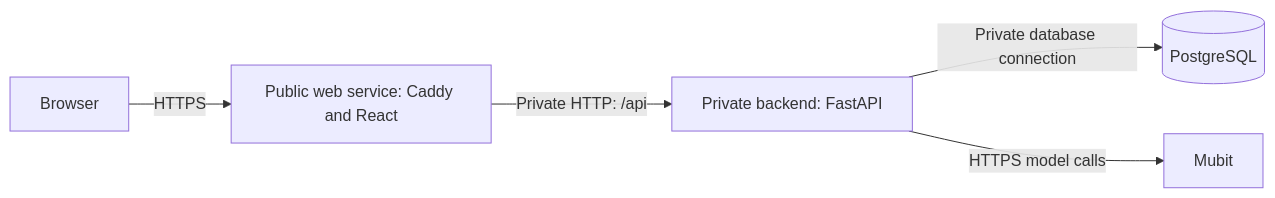
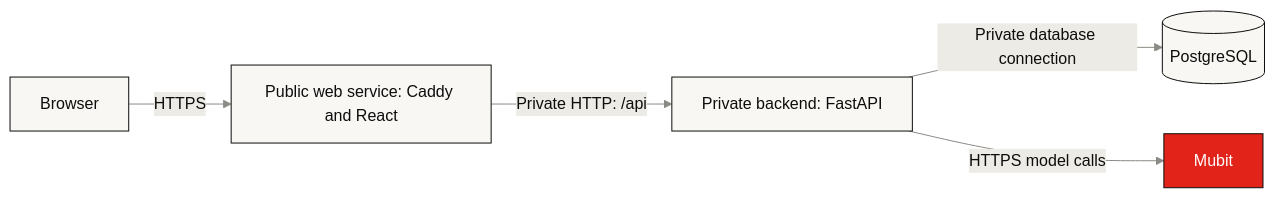
Before and after one commit to kolyamkl/night-shift: the diagram in docs/DEPLOY.md, drawn with Mermaid. The commit also changed 9 other files, not shown here.

Commit message:
Docs: diagrams in the README's style, a backend layers picture

````diff
--- a/docs/DEPLOY.md
+++ b/docs/DEPLOY.md
@@ -22,7 +22,10 @@
 ```mermaid
+%%{init: {"theme": "base", "themeVariables": {"fontFamily": "ui-monospace, SFMono-Regular, Menlo, monospace", "primaryColor": "#f8f7f3", "primaryTextColor": "#0d0d0d", "primaryBorderColor": "#0d0d0d", "lineColor": "#8b8a85", "clusterBkg": "#ecebe5", "clusterBorder": "#0d0d0d", "edgeLabelBackground": "#ecebe5"}}}%%
 flowchart LR
     U["Browser"] -->|"HTTPS"| W["Public web service: Caddy and React"]
     W -->|"Private HTTP: /api"| B["Private backend: FastAPI"]
     B -->|"Private database connection"| P[("PostgreSQL")]
     B -->|"HTTPS model calls"| M["Mubit"]
+    classDef mubit fill:#e2231a,stroke:#0d0d0d,color:#ffffff
+    class M mubit
 ```
````
